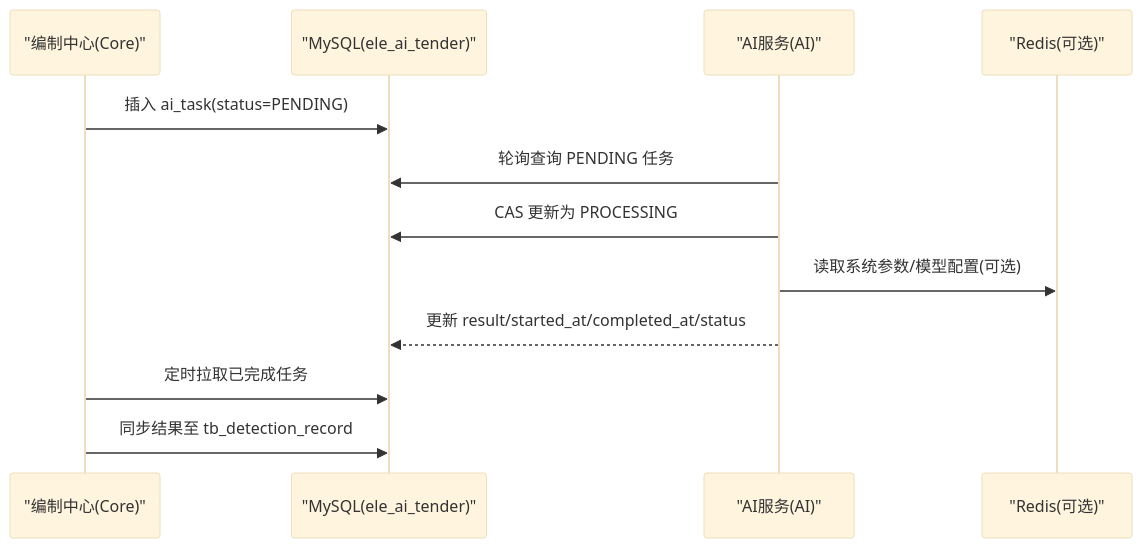
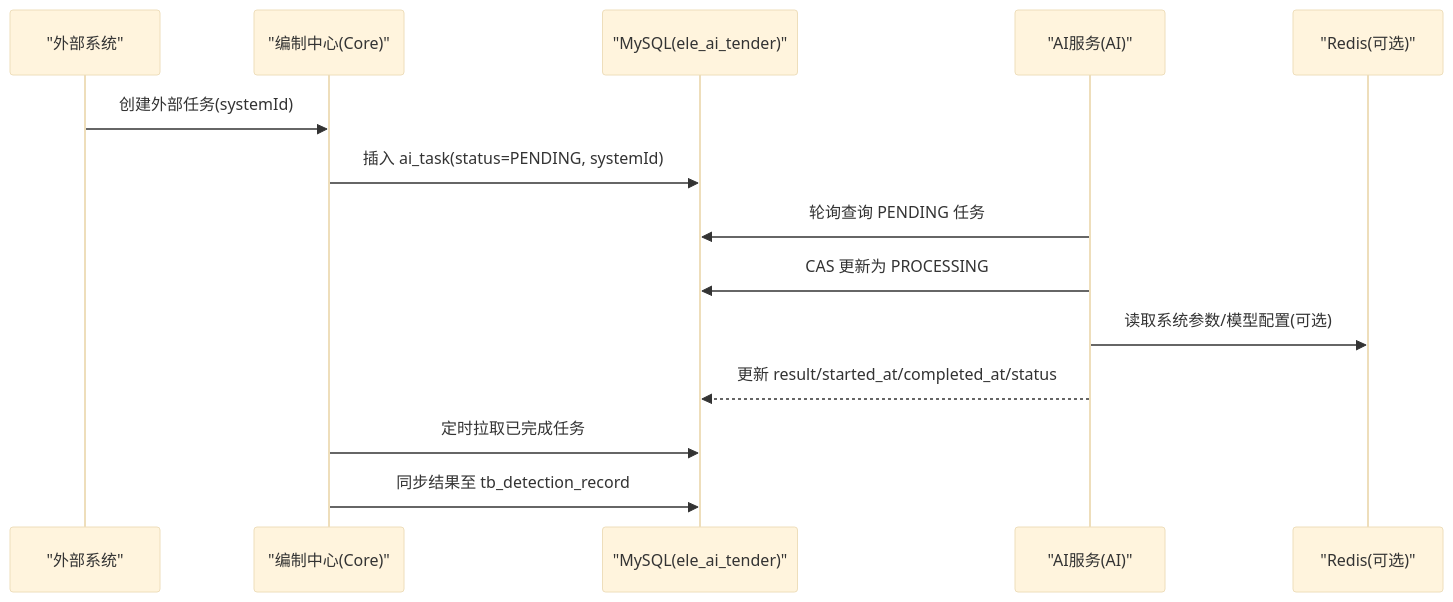
Before and after one commit to DrunkFood/First: the fourth of 6 diagrams in .qoder/repowiki/zh/content/数据库设计/数据库设计.md, drawn with Mermaid (base theme). The commit also changed other lines of this file and 77 other files, not shown here.

````diff
--- a/.qoder/repowiki/zh/content/数据库设计/数据库设计.md
+++ b/.qoder/repowiki/zh/content/数据库设计/数据库设计.md
@@ -286,14 +306,16 @@
 ```mermaid
 sequenceDiagram
+participant External as "外部系统"
 participant Core as "编制中心(Core)"
 participant DB as "MySQL(ele_ai_tender)"
 participant AI as "AI服务(AI)"
 participant Cache as "Redis(可选)"
-Core->>DB : 插入 ai_task(status=PENDING)
+External->>Core : 创建外部任务(systemId)
+Core->>DB : 插入 ai_task(status=PENDING, systemId)
 AI->>DB : 轮询查询 PENDING 任务
 AI->>DB : CAS 更新为 PROCESSING
 AI->>Cache : 读取系统参数/模型配置(可选)
 AI-->>DB : 更新 result/started_at/completed_at/status
 Core->>DB : 定时拉取已完成任务
 Core->>DB : 同步结果至 tb_detection_record
 ```
````
